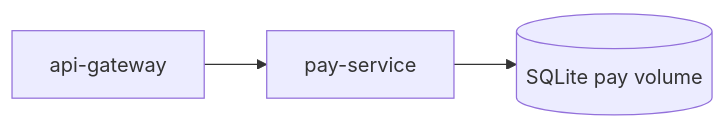
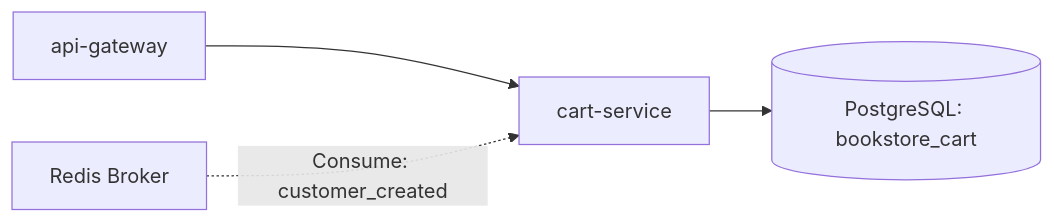
Before and after one commit to lamlocan5/Software_Architecture_And_Design_PTIT: the sixth of 11 diagrams in bookstore-microservice/docs/architecture/architecture.md, drawn with Mermaid. The commit also changed other lines of this file and 396 other files, not shown here.

````diff
--- a/bookstore-microservice/docs/architecture/architecture.md
+++ b/bookstore-microservice/docs/architecture/architecture.md
@@ -85,6 +124,7 @@
 ```mermaid
 flowchart LR
-  gateway[api-gateway] --> pay[pay-service]
-  payDb[(SQLite pay volume)]
-  pay --> payDb
+  bff[api-gateway] --> cartSvc[cart-service]
+  cartDb[(PostgreSQL: bookstore_cart)]
+  cartSvc --> cartDb
+  redis[Redis Broker] -. "Consume: customer_created" .-> cartSvc
 ```
````
